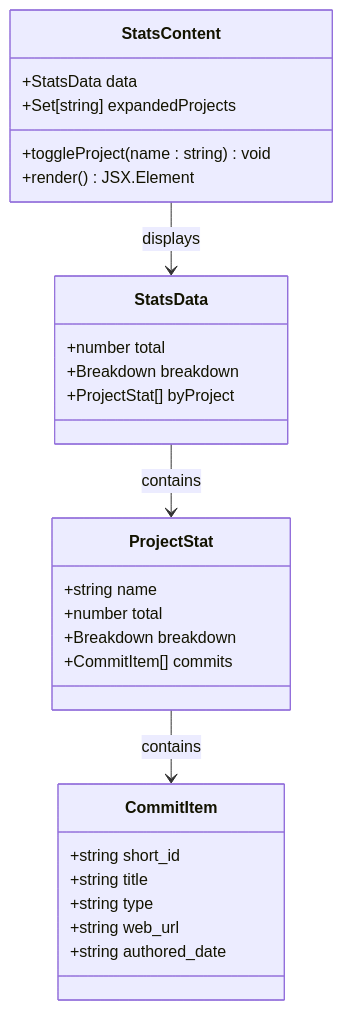
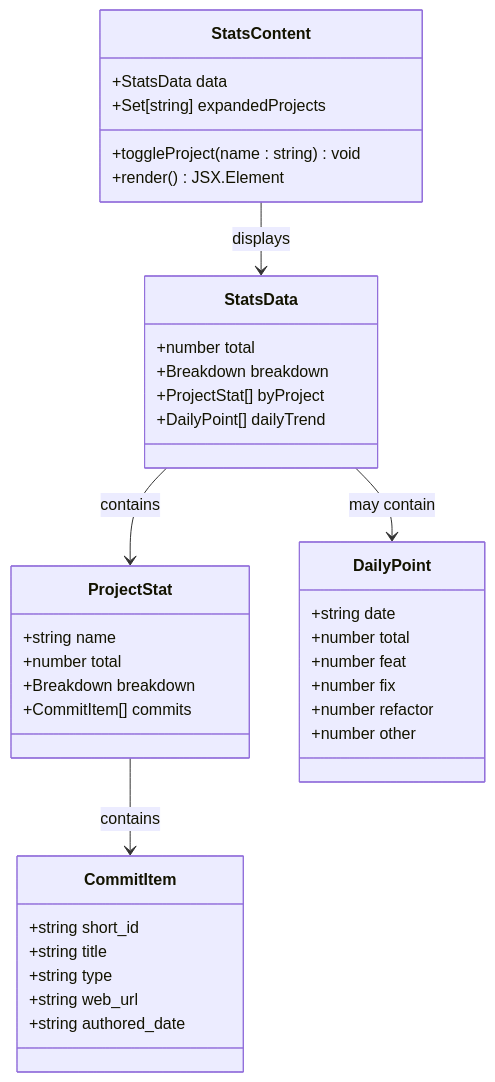
The fourth of 9 diagrams in .qoder/repowiki/en/content/Frontend Components/Commit Statistics Dashboard.md (jrj444/git-daily), drawn with Mermaid before and after one commit. The commit also changed other lines of this file and 16 other files, not shown here.

````diff
--- a/.qoder/repowiki/en/content/Frontend Components/Commit Statistics Dashboard.md
+++ b/.qoder/repowiki/en/content/Frontend Components/Commit Statistics Dashboard.md
@@ -249,30 +282,40 @@
 ```mermaid
 classDiagram
 class StatsContent {
 +StatsData data
 +Set[string] expandedProjects
 +toggleProject(name : string) void
 +render() JSX.Element
 }
 class StatsData {
 +number total
 +Breakdown breakdown
 +ProjectStat[] byProject
++DailyPoint[] dailyTrend
 }
 class ProjectStat {
 +string name
 +number total
 +Breakdown breakdown
 +CommitItem[] commits
 }
 class CommitItem {
 +string short_id
 +string title
 +string type
 +string web_url
 +string authored_date
 }
+class DailyPoint {
++string date
++number total
++number feat
++number fix
++number refactor
++number other
+}
 StatsContent --> StatsData : displays
 StatsData --> ProjectStat : contains
 ProjectStat --> CommitItem : contains
+StatsData --> DailyPoint : may contain
 ```
````
